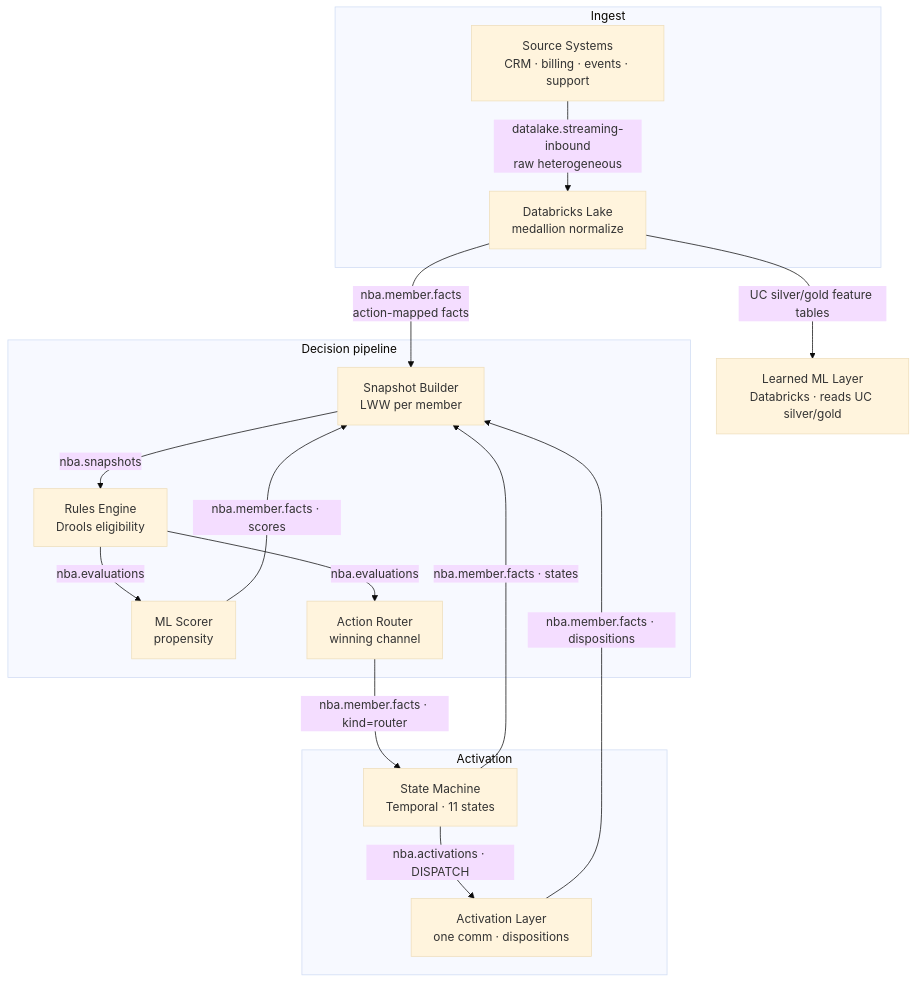
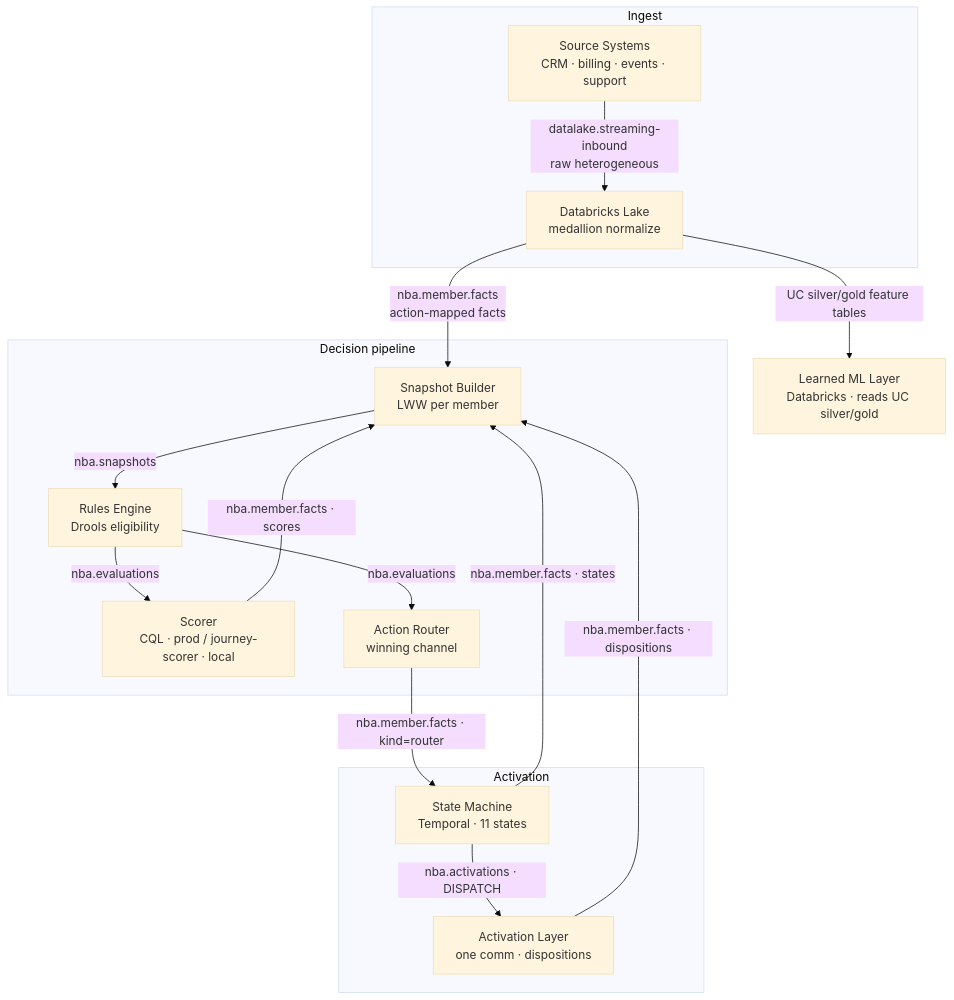
The diagram in nba/docs/01-architecture.md (joshuadmatthews/nba-poc), drawn with Mermaid (base theme) before and after one commit. The commit also changed other lines of this file and 14 other files, not shown here.

````diff
--- a/nba/docs/01-architecture.md
+++ b/nba/docs/01-architecture.md
@@ -21,33 +21,33 @@
 ```mermaid
 flowchart TD
     subgraph ingest [Ingest]
         SRC[Source Systems<br/>CRM · billing · events · support]
         LAKE[Databricks Lake<br/>medallion normalize]
         SRC -->|datalake.streaming-inbound<br/>raw heterogeneous| LAKE
     end
 
     subgraph decide [Decision pipeline]
         SNAP[Snapshot Builder<br/>LWW per member]
         RULES[Rules Engine<br/>Drools eligibility]
-        ML[ML Scorer<br/>propensity]
+        ML[Scorer<br/>CQL · prod / journey-scorer · local]
         ROUTER[Action Router<br/>winning channel]
     end
 
     subgraph act [Activation]
         SM[State Machine<br/>Temporal · 11 states]
         AL[Activation Layer<br/>one comm · dispositions]
     end
 
     MLF[Learned ML Layer<br/>Databricks · reads UC silver/gold]
 
     LAKE -->|nba.member.facts<br/>action-mapped facts| SNAP
     LAKE -->|UC silver/gold feature tables| MLF
     SNAP -->|nba.snapshots| RULES
     RULES -->|nba.evaluations| ML
     RULES -->|nba.evaluations| ROUTER
     ML -->|nba.member.facts · scores| SNAP
     ROUTER -->|nba.member.facts · kind=router| SM
     SM -->|nba.activations · DISPATCH| AL
     SM -->|nba.member.facts · states| SNAP
     AL -->|nba.member.facts · dispositions| SNAP
 ```
````
